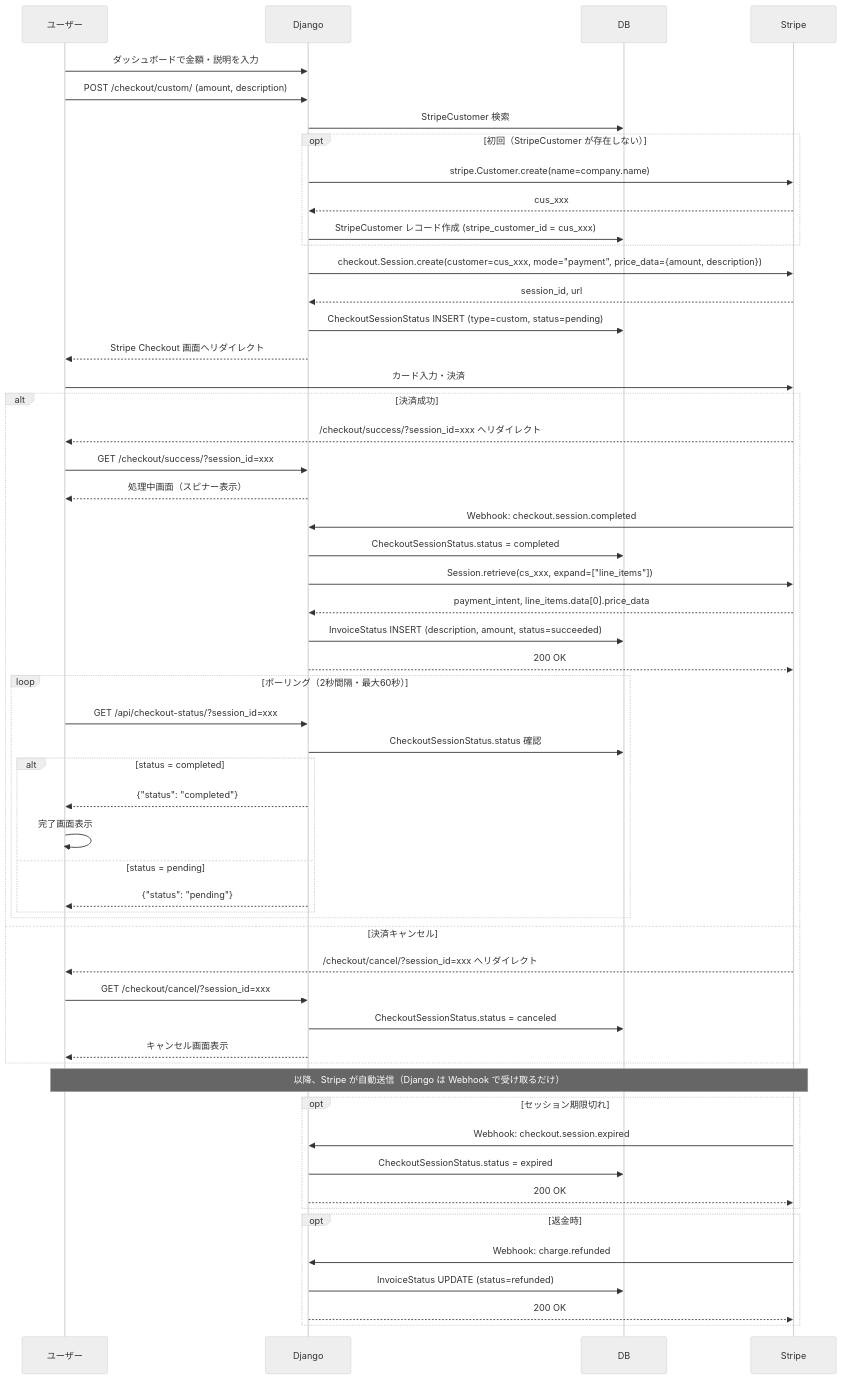
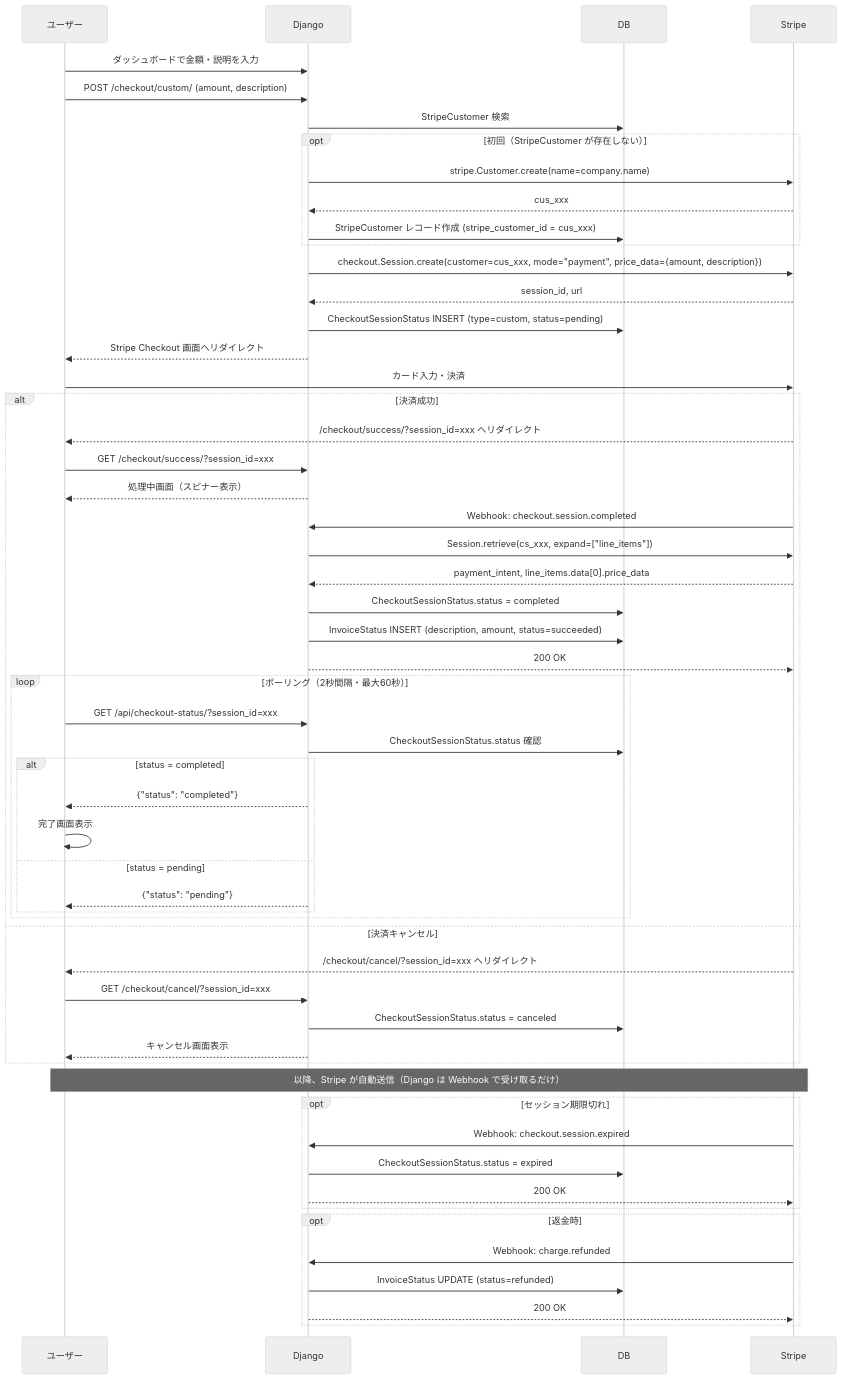
One commit to suzuki-tomok/payment-core changed the third of 4 diagrams in docs/sequence-diagram.md. Above: the diagram before and after it, drawn with Mermaid (neutral theme). The commit also changed other lines of this file and 5 other files, not shown here.

````diff
--- a/docs/sequence-diagram.md
+++ b/docs/sequence-diagram.md
@@ -162,69 +158,69 @@
 ```mermaid
 sequenceDiagram
     participant U as ユーザー
     participant D as Django
     participant DB as DB
     participant S as Stripe
 
     U->>D: ダッシュボードで金額・説明を入力
     U->>D: POST /checkout/custom/ (amount, description)
 
     D->>DB: StripeCustomer 検索
 
     opt 初回（StripeCustomer が存在しない）
         D->>S: stripe.Customer.create(name=company.name)
         S-->>D: cus_xxx
         D->>DB: StripeCustomer レコード作成 (stripe_customer_id = cus_xxx)
     end
 
     D->>S: checkout.Session.create(customer=cus_xxx, mode="payment", price_data={amount, description})
     S-->>D: session_id, url
     D->>DB: CheckoutSessionStatus INSERT (type=custom, status=pending)
     D-->>U: Stripe Checkout 画面へリダイレクト
 
     U->>S: カード入力・決済
 
     alt 決済成功
         S-->>U: /checkout/success/?session_id=xxx へリダイレクト
         U->>D: GET /checkout/success/?session_id=xxx
         D-->>U: 処理中画面（スピナー表示）
 
         S->>D: Webhook: checkout.session.completed
-        D->>DB: CheckoutSessionStatus.status = completed
         D->>S: Session.retrieve(cs_xxx, expand=["line_items"])
         S-->>D: payment_intent, line_items.data[0].price_data
+        D->>DB: CheckoutSessionStatus.status = completed
         D->>DB: InvoiceStatus INSERT (description, amount, status=succeeded)
         D-->>S: 200 OK
 
         loop ポーリング（2秒間隔・最大60秒）
             U->>D: GET /api/checkout-status/?session_id=xxx
             D->>DB: CheckoutSessionStatus.status 確認
             alt status = completed
                 D-->>U: {"status": "completed"}
                 U->>U: 完了画面表示
             else status = pending
                 D-->>U: {"status": "pending"}
             end
         end
 
     else 決済キャンセル
         S-->>U: /checkout/cancel/?session_id=xxx へリダイレクト
         U->>D: GET /checkout/cancel/?session_id=xxx
         D->>DB: CheckoutSessionStatus.status = canceled
         D-->>U: キャンセル画面表示
     end
 
     Note over U,S: 以降、Stripe が自動送信（Django は Webhook で受け取るだけ）
 
     opt セッション期限切れ
         S->>D: Webhook: checkout.session.expired
         D->>DB: CheckoutSessionStatus.status = expired
         D-->>S: 200 OK
     end
 
     opt 返金時
         S->>D: Webhook: charge.refunded
         D->>DB: InvoiceStatus UPDATE (status=refunded)
         D-->>S: 200 OK
     end
 ```
````
